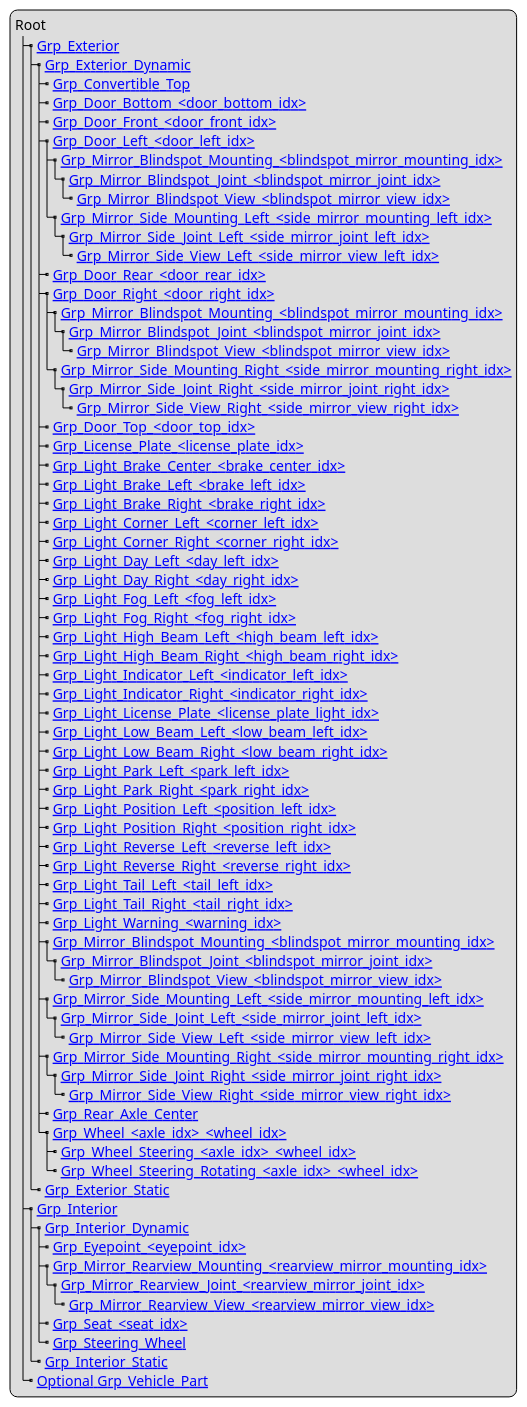
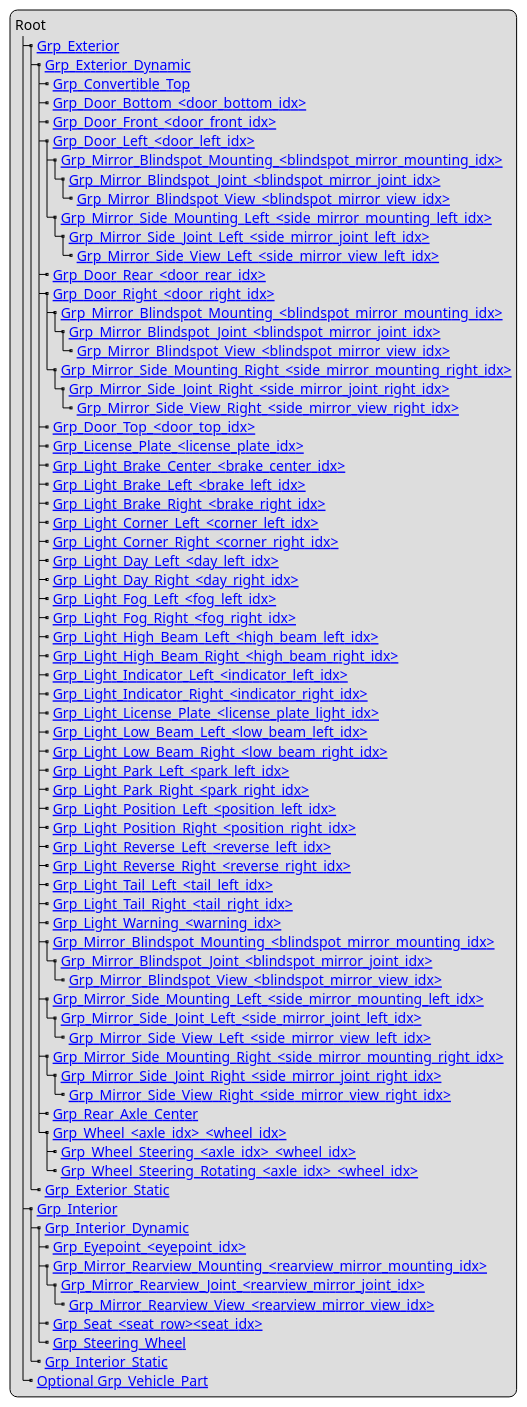
The diagram in content/geometry/object-vehicle/vehicle-structure.adoc (asam-ev/OpenMATERIAL), drawn with PlantUML before and after one commit. The commit also changed other lines of this file and 2 other files, not shown here.

```diff
--- a/content/geometry/object-vehicle/vehicle-structure.adoc
+++ b/content/geometry/object-vehicle/vehicle-structure.adoc
@@ -9,77 +9,77 @@
 [plantuml]
 ----
 legend
 Root
 |_ [[../geometry/object-classes.html#_grp_exterior Grp_Exterior]]
   |_ [[../geometry/object-classes.html#_grp_exterior_dynamic Grp_Exterior_Dynamic]]
     |_ [[../geometry/object-classes.html#_grp_convertible_top Grp_Convertible_Top]]
     |_ [[../geometry/object-classes.html#_grp_door_bottom_door_bottom_idx Grp_Door_Bottom_<door_bottom_idx>]]
     |_ [[../geometry/object-classes.html#_grp_door_front_door_front_idx Grp_Door_Front_<door_front_idx>]]
     |_ [[../geometry/object-classes.html#_grp_door_left_door_left_idx Grp_Door_Left_<door_left_idx>]]
       |_ [[../geometry/object-classes.html#_grp_mirror_blindspot_mounting_blindspot_mirror_mounting_idx Grp_Mirror_Blindspot_Mounting_<blindspot_mirror_mounting_idx>]]
         |_ [[../geometry/object-classes.html#_grp_mirror_blindspot_joint_blindspot_mirror_joint_idx Grp_Mirror_Blindspot_Joint_<blindspot_mirror_joint_idx>]]
           |_ [[../geometry/object-classes.html#_grp_mirror_blindspot_view_blindspot_mirror_view_idx Grp_Mirror_Blindspot_View_<blindspot_mirror_view_idx>]]
       |_ [[../geometry/object-classes.html#_grp_mirror_side_mounting_left_side_mirror_mounting_left_id Grp_Mirror_Side_Mounting_Left_<side_mirror_mounting_left_idx>]]
         |_ [[../geometry/object-classes.html#_grp_mirror_side_joint_left_side_mirror_joint_left_idx Grp_Mirror_Side_Joint_Left_<side_mirror_joint_left_idx> ]]
           |_ [[../geometry/object-classes.html#_grp_mirror_side_view_left_side_mirror_view_left_idx Grp_Mirror_Side_View_Left_<side_mirror_view_left_idx> ]]
     |_ [[../geometry/object-classes.html#_grp_door_rear_door_rear_idx Grp_Door_Rear_<door_rear_idx>]]
     |_ [[../geometry/object-classes.html#_grp_door_right_door_right_idx Grp_Door_Right_<door_right_idx>]]
       |_ [[../geometry/object-classes.html#_grp_mirror_blindspot_mounting_blindspot_mirror_mounting_idx Grp_Mirror_Blindspot_Mounting_<blindspot_mirror_mounting_idx>]]
         |_ [[../geometry/object-classes.html#_grp_mirror_blindspot_joint_blindspot_mirror_joint_idx Grp_Mirror_Blindspot_Joint_<blindspot_mirror_joint_idx>]]
           |_ [[../geometry/object-classes.html#_grp_mirror_blindspot_view_blindspot_mirror_view_idx Grp_Mirror_Blindspot_View_<blindspot_mirror_view_idx>]]
       |_ [[../geometry/object-classes.html#_grp_mirror_side_mounting_right_side_mirror_mounting_right_idx Grp_Mirror_Side_Mounting_Right_<side_mirror_mounting_right_idx>]]
         |_ [[../geometry/object-classes.html#_grp_mirror_side_joint_right_side_mirror_joint_right_idx Grp_Mirror_Side_Joint_Right_<side_mirror_joint_right_idx> ]]
           |_ [[../geometry/object-classes.html#_grp_mirror_side_view_right_side_mirror_view_right_idx Grp_Mirror_Side_View_Right_<side_mirror_view_right_idx> ]]
     |_ [[../geometry/object-classes.html#_grp_door_top_door_top_idx Grp_Door_Top_<door_top_idx>]]
     |_ [[../geometry/object-classes.html#_grp_license_plate_license_plate_idx Grp_License_Plate_<license_plate_idx>]]
     |_ [[../geometry/object-classes.html#_grp_light_brake_center_brake_center_idx Grp_Light_Brake_Center_<brake_center_idx>]]
     |_ [[../geometry/object-classes.html#_grp_light_brake_left_brake_left_idx Grp_Light_Brake_Left_<brake_left_idx>]]
     |_ [[../geometry/object-classes.html#_grp_light_brake_right_brake_right_idx Grp_Light_Brake_Right_<brake_right_idx>]]
     |_ [[../geometry/object-classes.html#_grp_light_corner_left_corner_left_idx Grp_Light_Corner_Left_<corner_left_idx>]]
     |_ [[../geometry/object-classes.html#_grp_light_corner_right_corner_right_idx Grp_Light_Corner_Right_<corner_right_idx>]]
     |_ [[../geometry/object-classes.html#_grp_light_day_left_day_left_idx Grp_Light_Day_Left_<day_left_idx>]]
     |_ [[../geometry/object-classes.html#_grp_light_day_right_day_right_idx Grp_Light_Day_Right_<day_right_idx>]]
     |_ [[../geometry/object-classes.html#_grp_light_fog_left_fog_left_idx Grp_Light_Fog_Left_<fog_left_idx>]]
     |_ [[../geometry/object-classes.html#_grp_light_fog_right_fog_right_idx Grp_Light_Fog_Right_<fog_right_idx>]]
     |_ [[../geometry/object-classes.html#_grp_light_high_beam_left_high_beam_left_idx Grp_Light_High_Beam_Left_<high_beam_left_idx>]]
     |_ [[../geometry/object-classes.html#_grp_light_high_beam_right_high_beam_right_idx Grp_Light_High_Beam_Right_<high_beam_right_idx>]]
     |_ [[../geometry/object-classes.html#_grp_light_indicator_left_indicator_left_idx Grp_Light_Indicator_Left_<indicator_left_idx>]]
     |_ [[../geometry/object-classes.html#_grp_light_indicator_right_indicator_right_idx Grp_Light_Indicator_Right_<indicator_right_idx>]]
     |_ [[../geometry/object-classes.html#_grp_light_license_plate_license_plate_light_idx Grp_Light_License_Plate_<license_plate_light_idx>]]
     |_ [[../geometry/object-classes.html#_grp_light_low_beam_left_low_beam_left_idx Grp_Light_Low_Beam_Left_<low_beam_left_idx>]]
     |_ [[../geometry/object-classes.html#_grp_light_low_beam_right_low_beam_right_idx Grp_Light_Low_Beam_Right_<low_beam_right_idx>]]
     |_ [[../geometry/object-classes.html#_grp_light_park_left_park_left_idx Grp_Light_Park_Left_<park_left_idx>]]
     |_ [[../geometry/object-classes.html#_grp_light_park_right_park_right_idx Grp_Light_Park_Right_<park_right_idx> ]]
     |_ [[../geometry/object-classes.html#_grp_light_position_left_position_left_idx Grp_Light_Position_Left_<position_left_idx>]]
     |_ [[../geometry/object-classes.html#_grp_light_position_right_position_right_idx Grp_Light_Position_Right_<position_right_idx>]]
     |_ [[../geometry/object-classes.html#_grp_light_reverse_left_reverse_left_idx Grp_Light_Reverse_Left_<reverse_left_idx>]]
     |_ [[../geometry/object-classes.html#_grp_light_reverse_right_reverse_right_idx Grp_Light_Reverse_Right_<reverse_right_idx>]]
     |_ [[../geometry/object-classes.html#_grp_light_tail_left_tail_left_idx Grp_Light_Tail_Left_<tail_left_idx>]]
     |_ [[../geometry/object-classes.html#_grp_light_tail_right_tail_right_idx Grp_Light_Tail_Right_<tail_right_idx>]]
     |_ [[../geometry/object-classes.html#_grp_light_warning_warning_idx Grp_Light_Warning_<warning_idx>]]
     |_ [[../geometry/object-classes.html#_grp_mirror_blindspot_mounting_blindspot_mirror_mounting_idx Grp_Mirror_Blindspot_Mounting_<blindspot_mirror_mounting_idx>]]
       |_ [[../geometry/object-classes.html#_grp_mirror_blindspot_joint_blindspot_mirror_joint_idx Grp_Mirror_Blindspot_Joint_<blindspot_mirror_joint_idx>]]
         |_ [[../geometry/object-classes.html#_grp_mirror_blindspot_view_blindspot_mirror_view_idx Grp_Mirror_Blindspot_View_<blindspot_mirror_view_idx>]]
     |_ [[../geometry/object-classes.html#_grp_mirror_side_mounting_left_side_mirror_mounting_left_id Grp_Mirror_Side_Mounting_Left_<side_mirror_mounting_left_idx>]]
       |_ [[../geometry/object-classes.html#_grp_mirror_side_joint_left_side_mirror_joint_left_idx Grp_Mirror_Side_Joint_Left_<side_mirror_joint_left_idx> ]]
         |_ [[../geometry/object-classes.html#_grp_mirror_side_view_left_side_mirror_view_left_idx Grp_Mirror_Side_View_Left_<side_mirror_view_left_idx> ]]
     |_ [[../geometry/object-classes.html#_grp_mirror_side_mounting_right_side_mirror_mounting_right_idx Grp_Mirror_Side_Mounting_Right_<side_mirror_mounting_right_idx>]]
       |_ [[../geometry/object-classes.html#_grp_mirror_side_joint_right_side_mirror_joint_right_idx Grp_Mirror_Side_Joint_Right_<side_mirror_joint_right_idx> ]]
         |_ [[../geometry/object-classes.html#_grp_mirror_side_view_right_side_mirror_view_right_idx Grp_Mirror_Side_View_Right_<side_mirror_view_right_idx> ]]
     |_ [[../geometry/object-classes.html#_grp_rear_axle_center Grp_Rear_Axle_Center]]
     |_ [[../geometry/object-classes.html#_grp_wheel_axle_idx_wheel_idx Grp_Wheel_<axle_idx>_<wheel_idx>]]
       |_ [[../geometry/object-classes.html#_grp_wheel_steering_axle_idx_wheel_idx Grp_Wheel_Steering_<axle_idx>_<wheel_idx>]]
       |_ [[../geometry/object-classes.html#_grp_wheel_steering_rotating_axle_idx_wheel_idx Grp_Wheel_Steering_Rotating_<axle_idx>_<wheel_idx>]]
   |_ [[../geometry/object-classes.html#_grp_exterior_static Grp_Exterior_Static]]
 |_ [[../geometry/object-classes.html#_grp_interior Grp_Interior]]
   |_ [[../geometry/object-classes.html#_grp_interior_dynamic Grp_Interior_Dynamic]]
     |_ [[../geometry/object-classes.html#_grp_eyepoint_eyepoint_idx Grp_Eyepoint_<eyepoint_idx>]]
     |_ [[../geometry/object-classes.html#_grp_mirror_rearview_mounting_rearview_mirror_mounting_idx Grp_Mirror_Rearview_Mounting_<rearview_mirror_mounting_idx>]]
       |_ [[../geometry/object-classes.html#_grp_mirror_rearview_joint_rearview_mirror_joint_idx Grp_Mirror_Rearview_Joint_<rearview_mirror_joint_idx>]]
         |_ [[../geometry/object-classes.html#_grp_mirror_rearview_view_rearview_mirror_view_idx Grp_Mirror_Rearview_View_<rearview_mirror_view_idx>]]
-    |_ [[../geometry/object-classes.html#_grp_seat_seat_idx Grp_Seat_<seat_idx>]]
+    |_ [[../geometry/object-classes.html#_grp_seat_seat_row_seat_idx Grp_Seat_<seat_row><seat_idx>]]
     |_ [[../geometry/object-classes.html#_grp_steering_wheel Grp_Steering_Wheel]]
   |_ [[../geometry/object-classes.html#_grp_interior_static Grp_Interior_Static]]
 |_ [[../geometry/object-classes.html#_grp_vehicle_part Optional Grp_Vehicle_Part]]
 end legend
 ----
```
